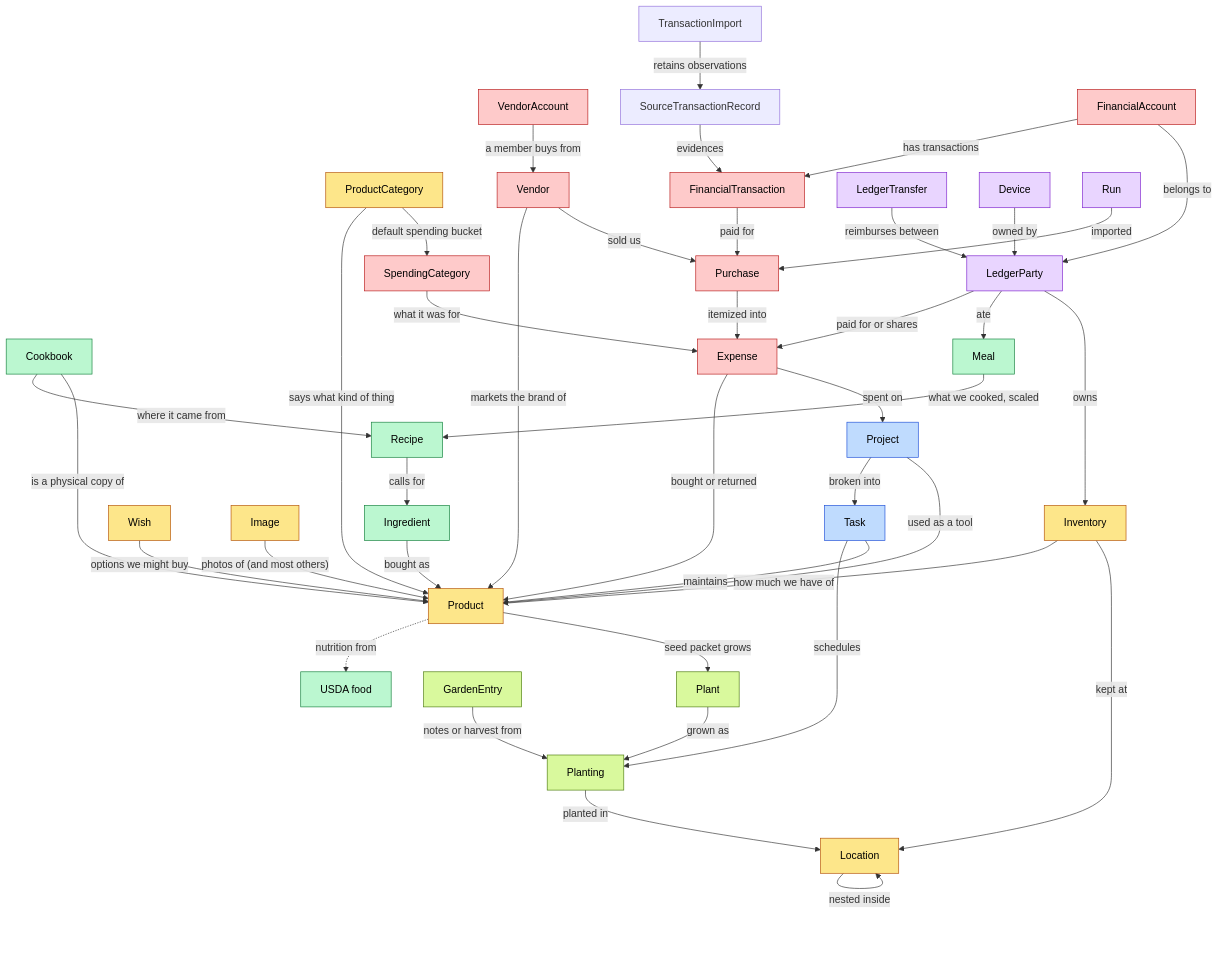
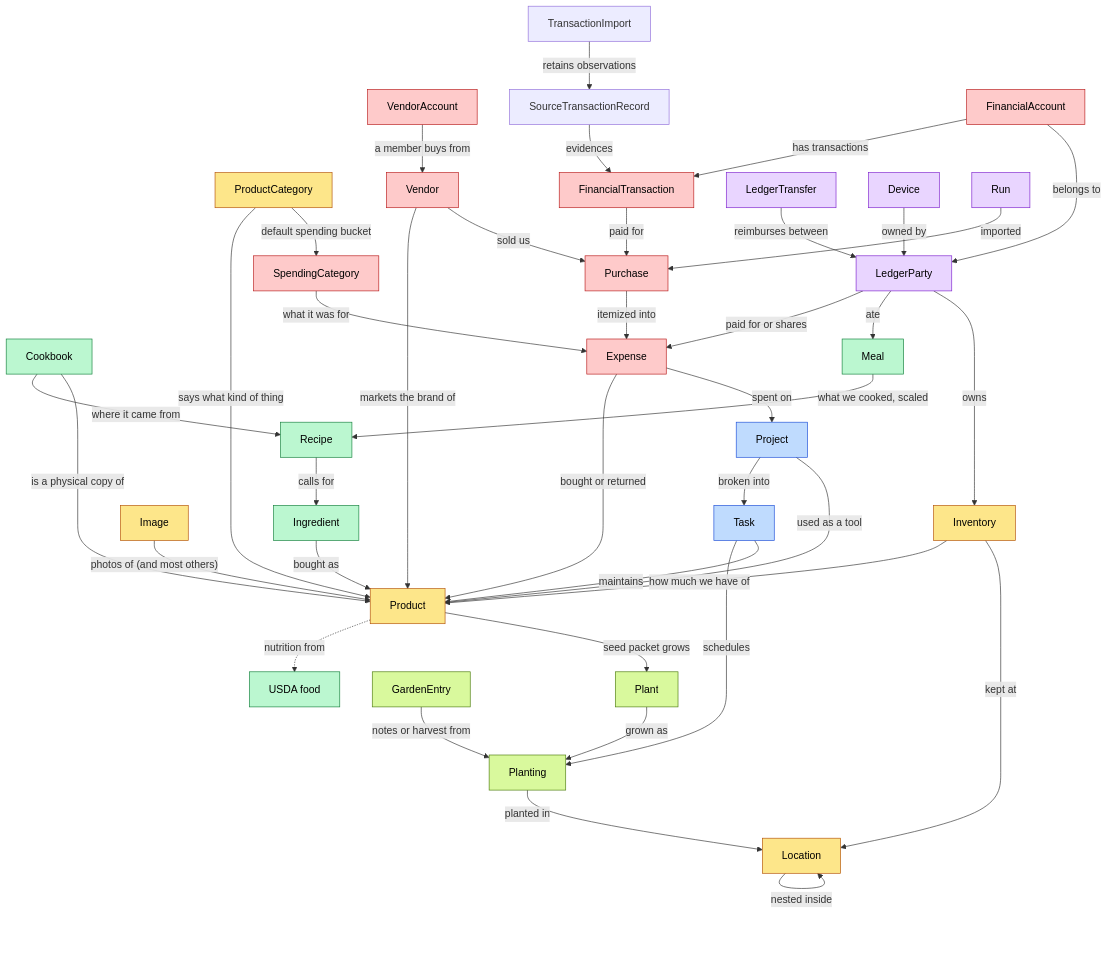
Before and after one commit to nickysemenza/cubby: the first of 3 diagrams in README.md, drawn with Mermaid. The commit also changed other lines of this file and 264 other files, not shown here.

````diff
--- a/README.md
+++ b/README.md
@@ -89,55 +88,54 @@
 ```mermaid
 flowchart TB
   ProductCategory -- "says what kind of thing" --> Product
   Inventory -- "how much we have of" --> Product
   Inventory -- "kept at" --> Location
   Location -- "nested inside" --> Location
-  Wish -- "options we might buy" --> Product
   Image -- "photos of (and most others)" --> Product
   Recipe -- "calls for" --> Ingredient
   Cookbook -- "where it came from" --> Recipe
   Meal -- "what we cooked, scaled" --> Recipe
   Plant -- "grown as" --> Planting
   GardenEntry -- "notes or harvest from" --> Planting
   Project -- "broken into" --> Task
   Vendor -- "markets the brand of" --> Product
   Vendor -- "sold us" --> Purchase
   VendorAccount -- "a member buys from" --> Vendor
   Purchase -- "itemized into" --> Expense
   SpendingCategory -- "what it was for" --> Expense
   TransactionImport -- "retains observations" --> SourceTransactionRecord
   SourceTransactionRecord -- "evidences" --> FinancialTransaction
   FinancialAccount -- "has transactions" --> FinancialTransaction
   FinancialTransaction -- "paid for" --> Purchase
   LedgerTransfer -- "reimburses between" --> LedgerParty
   Device -- "owned by" --> LedgerParty
   Ingredient -- "bought as" --> Product
   Product -. "nutrition from" .-> USDA[USDA food]
   Product -- "seed packet grows" --> Plant
   Cookbook -- "is a physical copy of" --> Product
   ProductCategory -- "default spending bucket" --> SpendingCategory
   Planting -- "planted in" --> Location
   Task -- "schedules" --> Planting
   Project -- "used as a tool" --> Product
   Task -- "maintains" --> Product
   Expense -- "bought or returned" --> Product
   Expense -- "spent on" --> Project
   LedgerParty -- "paid for or shares" --> Expense
   LedgerParty -- "ate" --> Meal
   LedgerParty -- "owns" --> Inventory
   FinancialAccount -- "belongs to" --> LedgerParty
   Run -- "imported" --> Purchase
 
   classDef core fill:#fde68a,stroke:#b45309,color:#000
   classDef food fill:#bbf7d0,stroke:#15803d,color:#000
   classDef garden fill:#d9f99d,stroke:#4d7c0f,color:#000
   classDef work fill:#bfdbfe,stroke:#1d4ed8,color:#000
   classDef money fill:#fecaca,stroke:#b91c1c,color:#000
   classDef people fill:#e9d5ff,stroke:#7e22ce,color:#000
-  class Product,ProductCategory,Inventory,Location,Wish,Image core
+  class Product,ProductCategory,Inventory,Location,Image core
   class Ingredient,Recipe,Cookbook,Meal,USDA food
   class Plant,Planting,GardenEntry garden
   class Project,Task work
   class Vendor,VendorAccount,Purchase,Expense,SpendingCategory,FinancialAccount,FinancialTransaction money
   class LedgerParty,LedgerTransfer,Device,Run people
 ```
````
